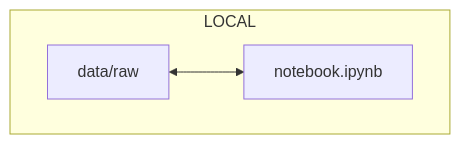
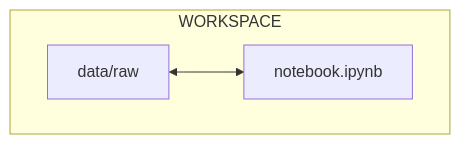
One commit to swiss-ai-center/a-guide-to-mlops changed the diagram in docs/part-1-local-training-and-model-evaluation/chapter-1-run-a-simple-ml-experiment-with-jupyter-notebook/index.md. Above: the diagram before and after it, drawn with Mermaid. The commit also changed 19 other files, not shown here.

````diff
--- a/docs/part-1-local-training-and-model-evaluation/chapter-1-run-a-simple-ml-experiment-with-jupyter-notebook/index.md
+++ b/docs/part-1-local-training-and-model-evaluation/chapter-1-run-a-simple-ml-experiment-with-jupyter-notebook/index.md
@@ -37,6 +37,6 @@
 ```mermaid
 flowchart
-    subgraph localGraph[LOCAL]
+    subgraph workspaceGraph[WORKSPACE]
         data[data/raw] <--> notebook[notebook.ipynb]
     end
 ```
````
